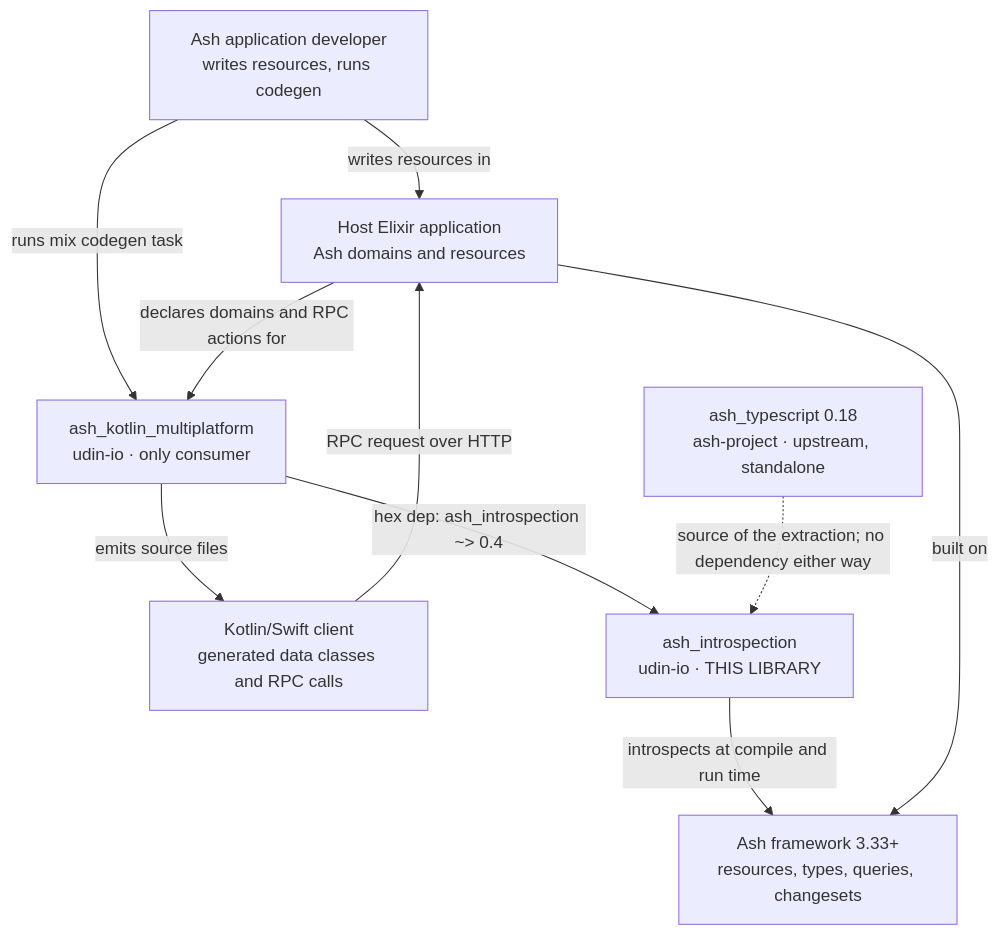
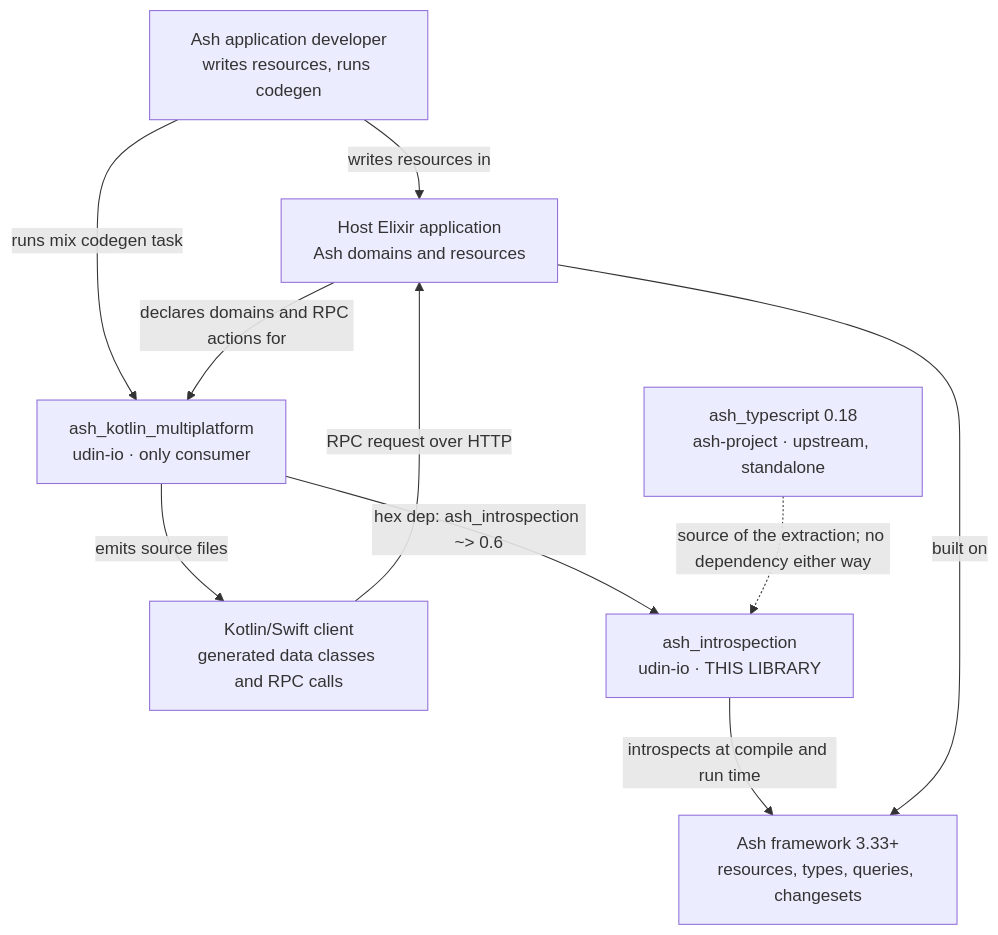
One commit to udin-io/ash_introspection changed the first of 5 diagrams in docs/architecture.md. Above: the diagram before and after it, drawn with Mermaid. The commit also changed other lines of this file and 2 other files, not shown here.

Commit message:
docs: bring roadmap and PROJECT.md up to date (#102)

````diff
--- a/docs/architecture.md
+++ b/docs/architecture.md
@@ -22,21 +22,21 @@
 ```mermaid
 flowchart TB
     dev["Ash application developer<br/>writes resources, runs codegen"]
     app["Host Elixir application<br/>Ash domains and resources"]
     kclient["Kotlin/Swift client<br/>generated data classes and RPC calls"]
     ash["Ash framework 3.33+<br/>resources, types, queries, changesets"]
 
     akm["ash_kotlin_multiplatform<br/>udin-io &middot; only consumer"]
     ai["ash_introspection<br/>udin-io &middot; THIS LIBRARY"]
     ats["ash_typescript 0.18<br/>ash-project &middot; upstream, standalone"]
 
     dev -->|"writes resources in"| app
     dev -->|"runs mix codegen task"| akm
     app -->|"declares domains and RPC actions for"| akm
-    akm -->|"hex dep: ash_introspection ~> 0.4"| ai
+    akm -->|"hex dep: ash_introspection ~> 0.6"| ai
     akm -->|"emits source files"| kclient
     kclient -->|"RPC request over HTTP"| app
     ai -->|"introspects at compile and run time"| ash
     app -->|"built on"| ash
     ats -.->|"source of the extraction; no dependency either way"| ai
 ```
````
